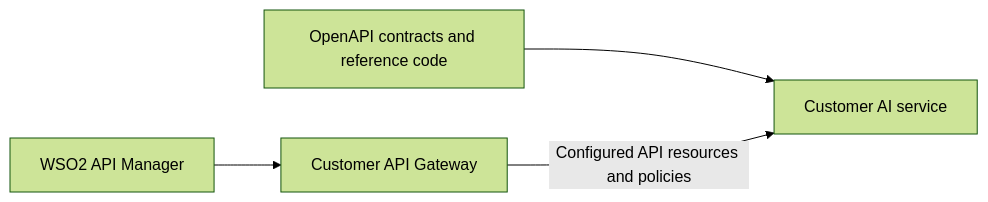
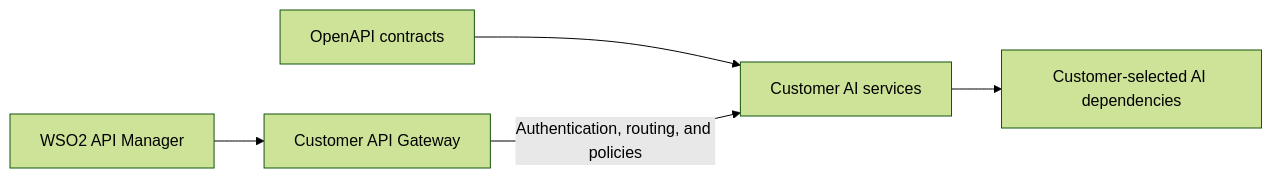
Before and after one commit to wso2/samples-apim: the diagram in apim-ai-deployments/README.md, drawn with Mermaid (forest theme). The commit also changed other lines of this file and 32 other files, not shown here.

````diff
--- a/apim-ai-deployments/README.md
+++ b/apim-ai-deployments/README.md
@@ -62,6 +20,7 @@
 ```mermaid
 flowchart LR
-    R["OpenAPI contracts and reference code"] --> S["Customer AI service"]
+    O["OpenAPI contracts"] --> S["Customer AI services"]
     A["WSO2 API Manager"] --> G["Customer API Gateway"]
-    G -->|"Configured API resources and policies"| S
+    G -->|"Authentication, routing, and policies"| S
+    S --> D["Customer-selected AI dependencies"]
 ```
````
